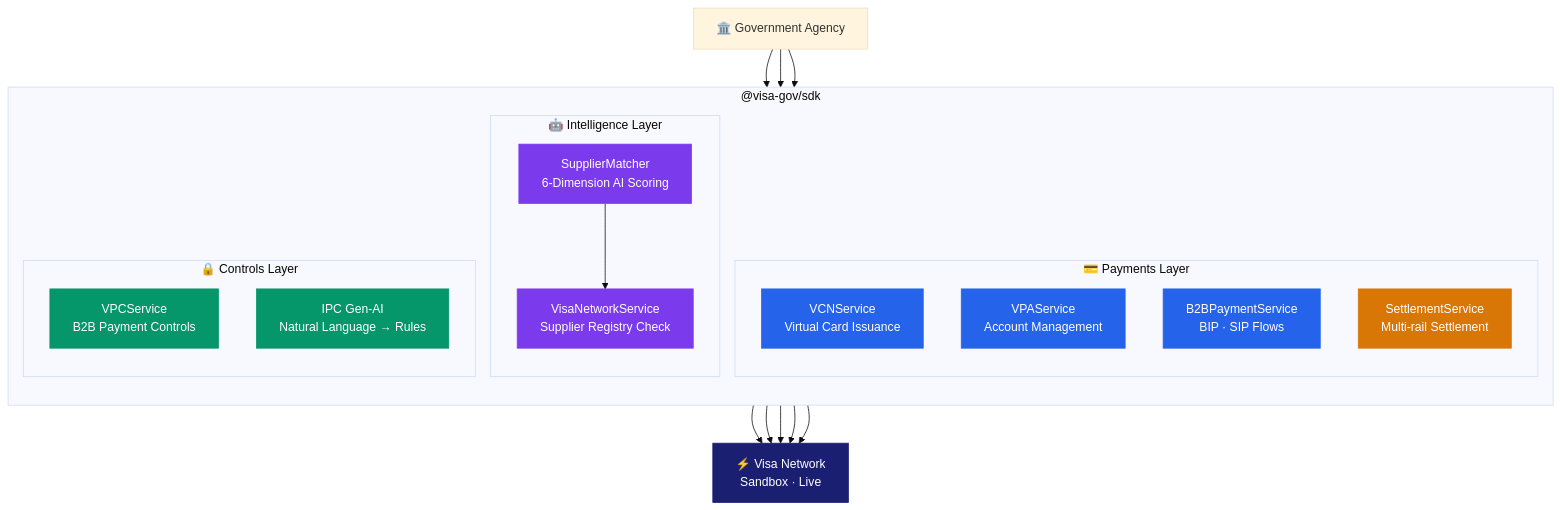
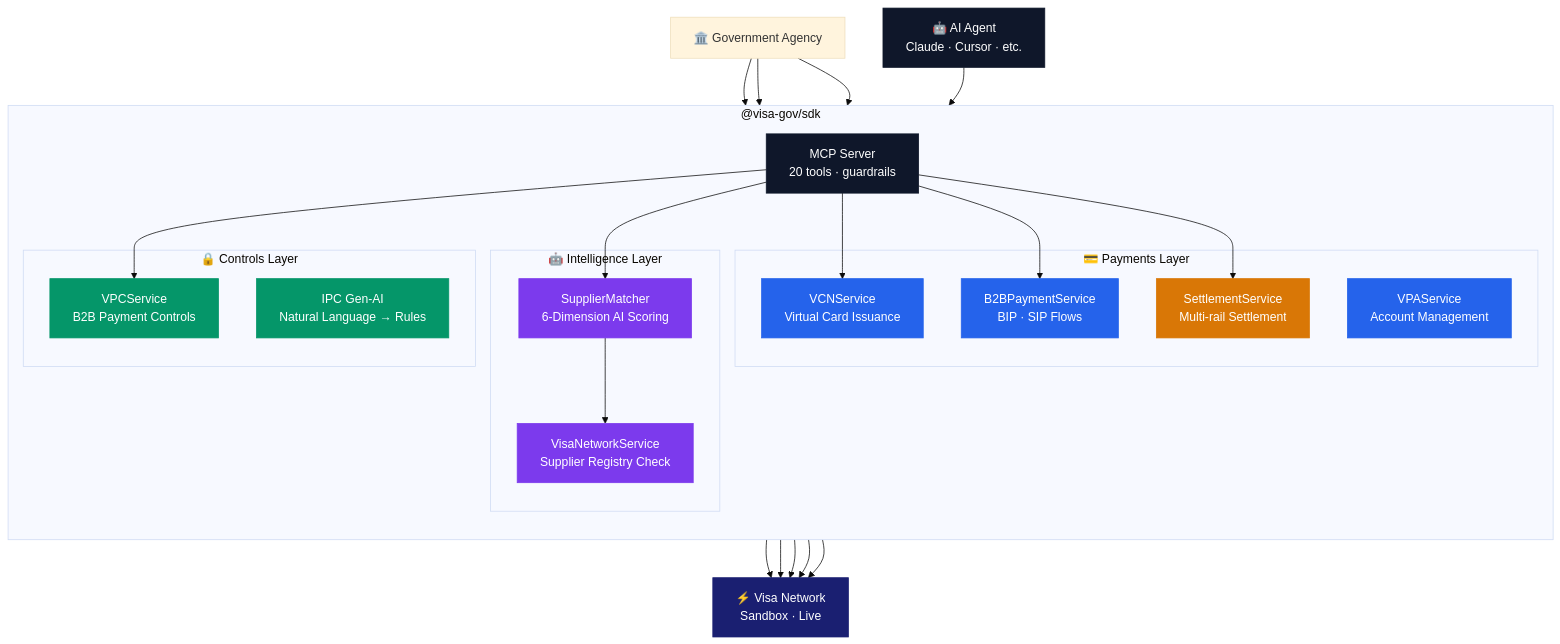
One commit to ericomack1983/visa-gov-sdk changed the first of 12 diagrams in README.md. Above: the diagram before and after it, drawn with Mermaid (base theme). The commit also changed other lines of this file and 10 other files, not shown here.

First line of the commit message:
feat: add MCP server with 20 tools and two-phase guardrail system

````diff
--- a/README.md
+++ b/README.md
@@ -49,43 +55,53 @@
 ```mermaid
 graph TB
     classDef visa    fill:#1A1F71,color:#fff,stroke:#1A1F71
     classDef payment fill:#2563EB,color:#fff,stroke:#2563EB
     classDef ai      fill:#7C3AED,color:#fff,stroke:#7C3AED
     classDef controls fill:#059669,color:#fff,stroke:#059669
     classDef settle  fill:#D97706,color:#fff,stroke:#D97706
+    classDef mcp     fill:#0F172A,color:#fff,stroke:#0F172A
 
     GOV["🏛️ Government Agency"]
+    AGENT["🤖 AI Agent\nClaude · Cursor · etc."]:::mcp
 
     subgraph SDK["  @visa-gov/sdk  "]
         direction TB
+
+        MCP["MCP Server\n20 tools · guardrails"]:::mcp
 
         subgraph Payments["💳 Payments Layer"]
             VCN["VCNService\nVirtual Card Issuance"]:::payment
             VPA["VPAService\nAccount Management"]:::payment
             B2B["B2BPaymentService\nBIP · SIP Flows"]:::payment
             SET["SettlementService\nMulti-rail Settlement"]:::settle
         end
 
         subgraph Intelligence["🤖 Intelligence Layer"]
             SMS["VisaNetworkService\nSupplier Registry Check"]:::ai
             AI["SupplierMatcher\n6-Dimension AI Scoring"]:::ai
         end
 
         subgraph Controls["🔒 Controls Layer"]
             VPC["VPCService\nB2B Payment Controls"]:::controls
             IPC["IPC Gen-AI\nNatural Language → Rules"]:::controls
         end
     end
 
     VISA["⚡ Visa Network\nSandbox · Live"]:::visa
 
     GOV --> AI
     GOV --> VCN
     GOV --> B2B
+    AGENT --> MCP
+    MCP --> AI
+    MCP --> VCN
+    MCP --> B2B
+    MCP --> VPC
+    MCP --> SET
     AI  --> SMS
     SMS --> VISA
     VCN --> VISA
     VPA --> VISA
     B2B --> VISA
     VPC --> VISA
 ```
````
